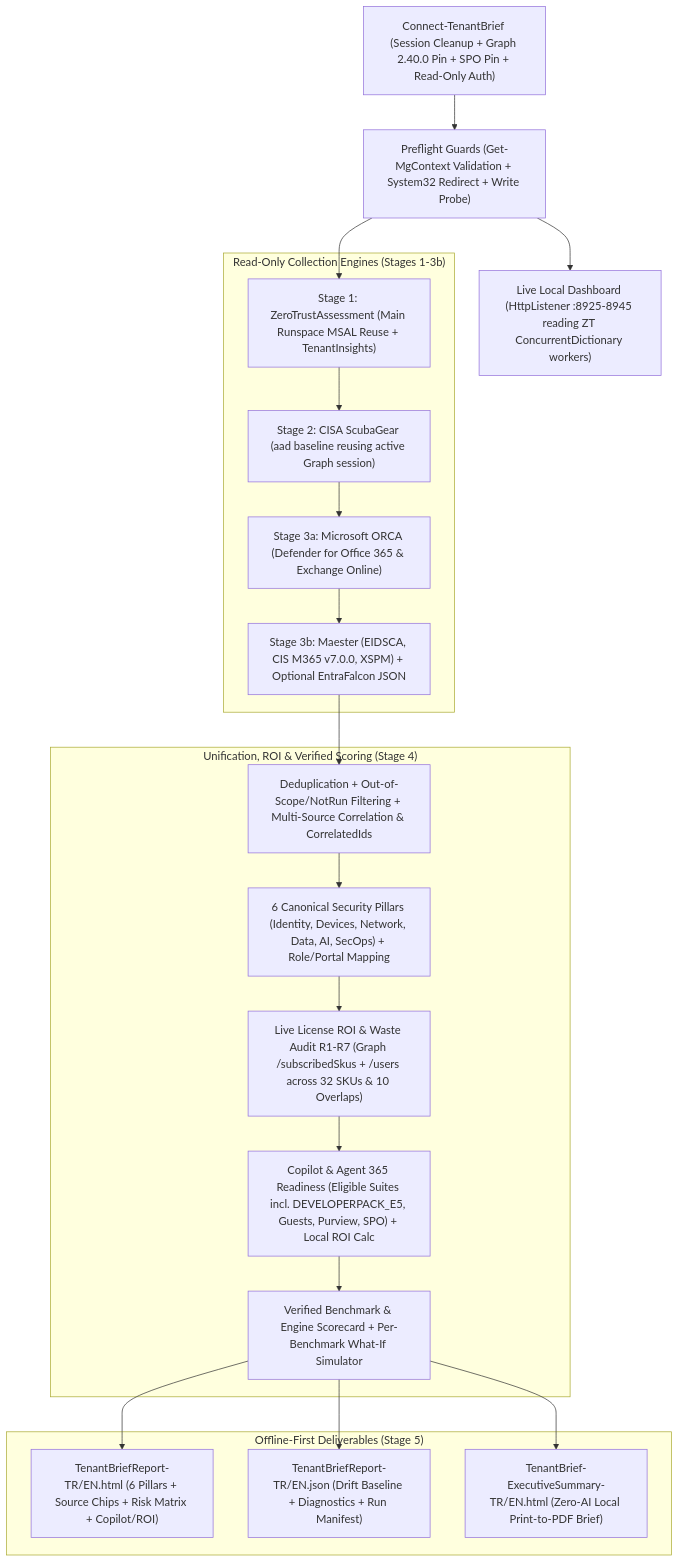
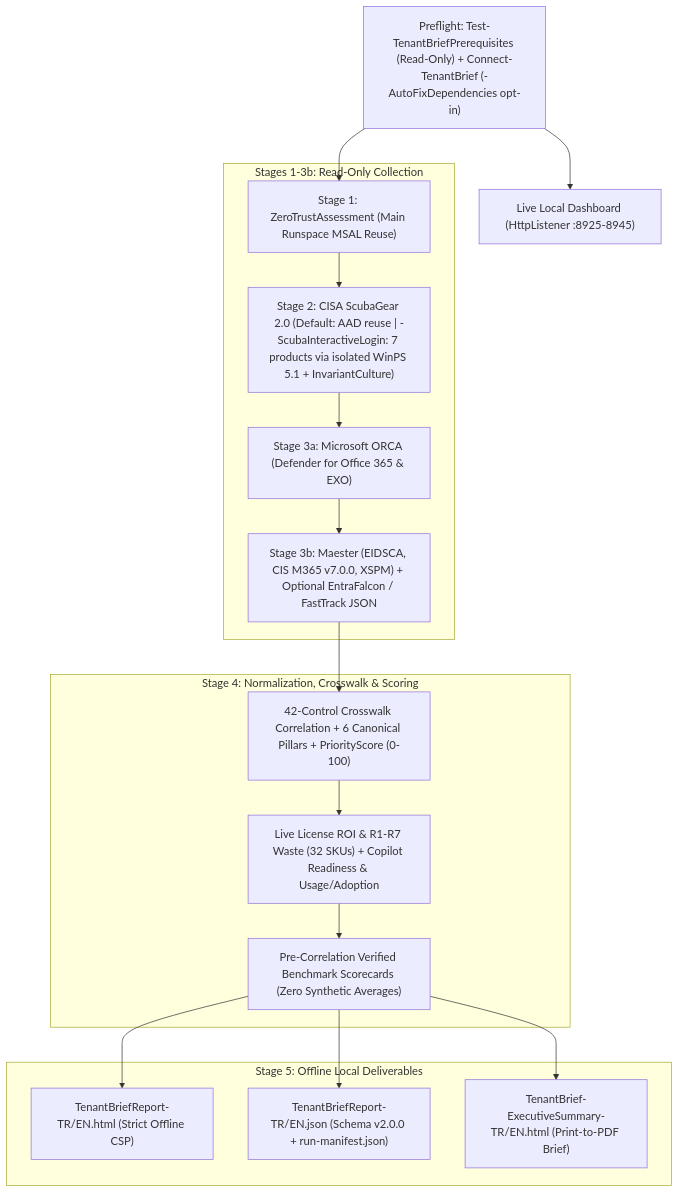
One commit to canercetinkaya/TenantBrief changed the diagram in README.md. Above: the diagram before and after it, drawn with Mermaid. The commit also changed other lines of this file, not shown here.

Commit message:
docs(readme): streamline product README for v2.0.2 with prereqs matrix, runtime requests, execution modes & article links

````diff
--- a/README.md
+++ b/README.md
@@ -17,33 +15,30 @@
 ```mermaid
 flowchart TB
-    Start["Connect-TenantBrief (Session Cleanup + Graph 2.40.0 Pin + SPO Pin + Read-Only Auth)"]
-    Pre["Preflight Guards (Get-MgContext Validation + System32 Redirect + Write Probe)"]
-    UI["Live Local Dashboard (HttpListener :8925-8945 reading ZT ConcurrentDictionary workers)"]
+    Pre["Preflight: Test-TenantBriefPrerequisites (Read-Only) + Connect-TenantBrief (-AutoFixDependencies opt-in)"]
+    Dash["Live Local Dashboard (HttpListener :8925-8945)"]
 
-    subgraph Engines["Read-Only Collection Engines (Stages 1-3b)"]
-        S1["Stage 1: ZeroTrustAssessment (Main Runspace MSAL Reuse + TenantInsights)"]
-        S2["Stage 2: CISA ScubaGear (aad baseline reusing active Graph session)"]
-        S3["Stage 3a: Microsoft ORCA (Defender for Office 365 & Exchange Online)"]
-        S3B["Stage 3b: Maester (EIDSCA, CIS M365 v7.0.0, XSPM) + Optional EntraFalcon JSON"]
+    subgraph Engines["Stages 1-3b: Read-Only Collection"]
+        S1["Stage 1: ZeroTrustAssessment (Main Runspace MSAL Reuse)"]
+        S2["Stage 2: CISA ScubaGear 2.0 (Default: AAD reuse | -ScubaInteractiveLogin: 7 products via isolated WinPS 5.1 + InvariantCulture)"]
+        S3["Stage 3a: Microsoft ORCA (Defender for Office 365 & EXO)"]
+        S3B["Stage 3b: Maester (EIDSCA, CIS M365 v7.0.0, XSPM) + Optional EntraFalcon / FastTrack JSON"]
     end
 
-    subgraph Stage4["Unification, ROI & Verified Scoring (Stage 4)"]
-        Corr["Deduplication + Out-of-Scope/NotRun Filtering + Multi-Source Correlation & CorrelatedIds"]
-        Dom["6 Canonical Security Pillars (Identity, Devices, Network, Data, AI, SecOps) + Role/Portal Mapping"]
-        ROI["Live License ROI & Waste Audit R1-R7 (Graph /subscribedSkus + /users across 32 SKUs & 10 Overlaps)"]
-        Cop["Copilot & Agent 365 Readiness (Eligible Suites incl. DEVELOPERPACK_E5, Guests, Purview, SPO) + Local ROI Calc"]
-        Bench["Verified Benchmark & Engine Scorecard + Per-Benchmark What-If Simulator"]
+    subgraph Stage4["Stage 4: Normalization, Crosswalk & Scoring"]
+        Norm["42-Control Crosswalk Correlation + 6 Canonical Pillars + PriorityScore (0-100)"]
+        ROI["Live License ROI & R1-R7 Waste (32 SKUs) + Copilot Readiness & Usage/Adoption"]
+        Score["Pre-Correlation Verified Benchmark Scorecards (Zero Synthetic Averages)"]
     end
 
-    subgraph Outputs["Offline-First Deliverables (Stage 5)"]
-        HTML["TenantBriefReport-TR/EN.html (6 Pillars + Source Chips + Risk Matrix + Copilot/ROI)"]
-        JSON["TenantBriefReport-TR/EN.json (Drift Baseline + Diagnostics + Run Manifest)"]
-        PDF["TenantBrief-ExecutiveSummary-TR/EN.html (Zero-AI Local Print-to-PDF Brief)"]
+    subgraph Stage5["Stage 5: Offline Local Deliverables"]
+        HTML["TenantBriefReport-TR/EN.html (Strict Offline CSP)"]
+        JSON["TenantBriefReport-TR/EN.json (Schema v2.0.0 + run-manifest.json)"]
+        PDF["TenantBrief-ExecutiveSummary-TR/EN.html (Print-to-PDF Brief)"]
     end
 
-    Start --> Pre --> UI
+    Pre --> Dash
     Pre --> S1 --> S2 --> S3 --> S3B
-    S3B --> Corr --> Dom --> ROI --> Cop --> Bench --> HTML
-    Bench --> JSON
-    Bench --> PDF
+    S3B --> Norm --> ROI --> Score --> HTML
+    Score --> JSON
+    Score --> PDF
 ```
````
